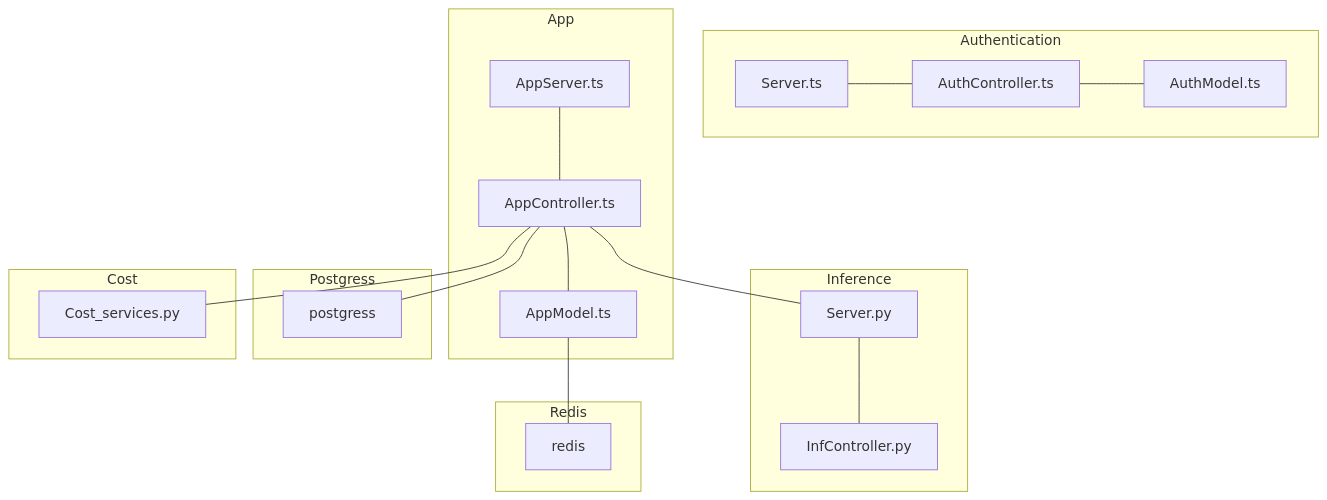
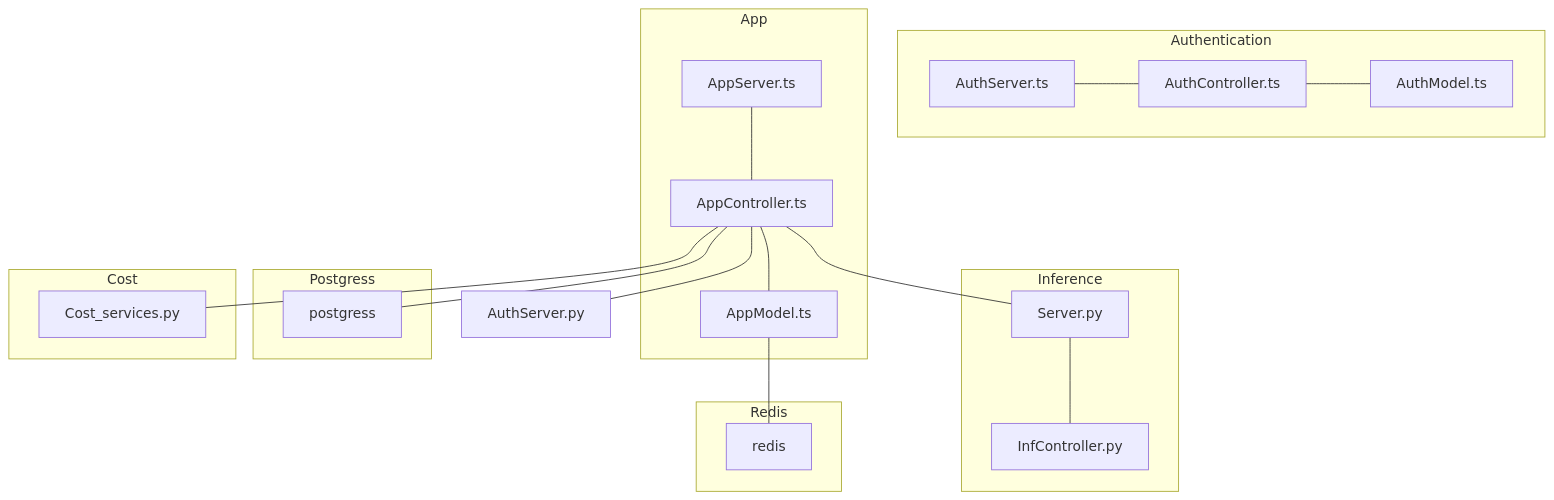
The second of 16 diagrams in README.md (AgneseBruglia/PA2024), drawn with Mermaid before and after one commit.

````diff
--- a/README.md
+++ b/README.md
@@ -54,38 +54,39 @@
 ```mermaid
 graph TD;
 
     subgraph Redis
     redis
     end
 
     subgraph Authentication
-    Server.ts --- AuthController.ts
+    AuthServer.ts --- AuthController.ts
     AuthController.ts 
     AuthModel.ts 
     AuthController.ts --- AuthModel.ts
     end
 
     subgraph Inference
     Server.py --- InfController.py
     InfController.py
     end
 
     subgraph App
     AppServer.ts --- AppController.ts
     AppController.ts --- AppModel.ts
     end
 
     subgraph Postgress
     postgress
     end
 
     subgraph Cost
     Cost_services.py
     end
 
     AppModel.ts --- redis
     AppController.ts --- postgress
     AppController.ts --- Server.py
+    AppController.ts --- AuthServer.py
     AppController.ts --- Cost_services.py
 
 ```
````
